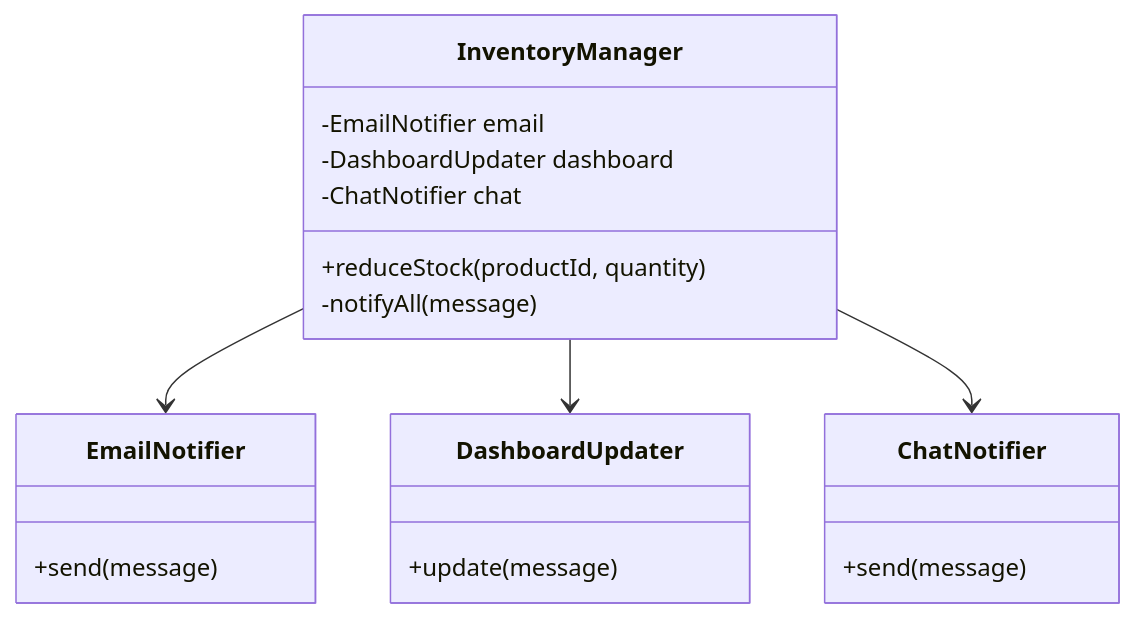
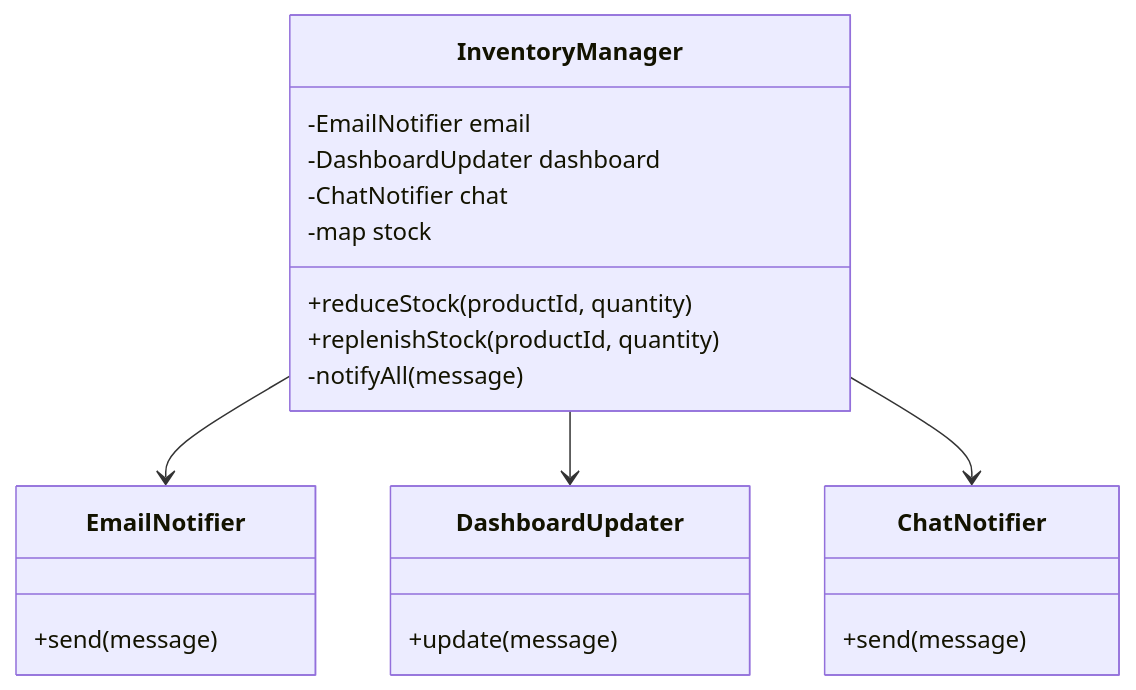
Before and after one commit to kumachan1101-pixel/DesignPattern: the first of 5 diagrams in kindle/design-patterns/output/chapter07.md, drawn with Mermaid. The commit also changed other lines of this file and 1 other file, not shown here.

````diff
--- a/kindle/design-patterns/output/chapter07.md
+++ b/kindle/design-patterns/output/chapter07.md
@@ -88,23 +86,25 @@
 ```mermaid
 classDiagram
     class InventoryManager {
         -EmailNotifier email
         -DashboardUpdater dashboard
         -ChatNotifier chat
+        -map stock
         +reduceStock(productId, quantity)
+        +replenishStock(productId, quantity)
         -notifyAll(message)
     }
     class EmailNotifier {
         +send(message)
     }
     class DashboardUpdater {
         +update(message)
     }
     class ChatNotifier {
         +send(message)
     }
     InventoryManager --> EmailNotifier
     InventoryManager --> DashboardUpdater
     InventoryManager --> ChatNotifier
 
 ```
````
